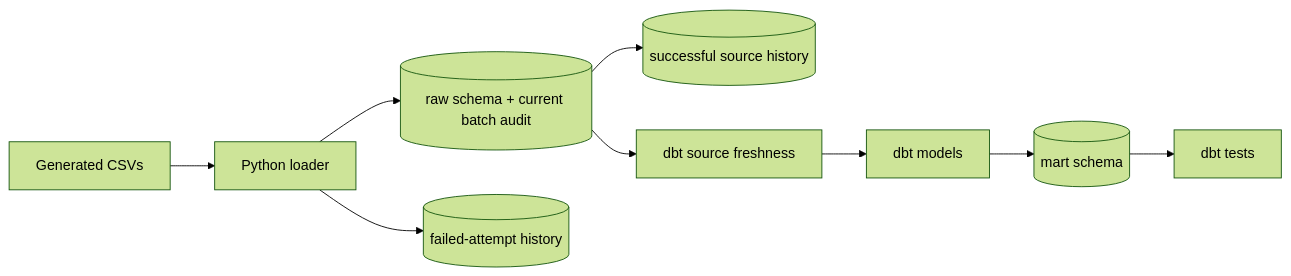
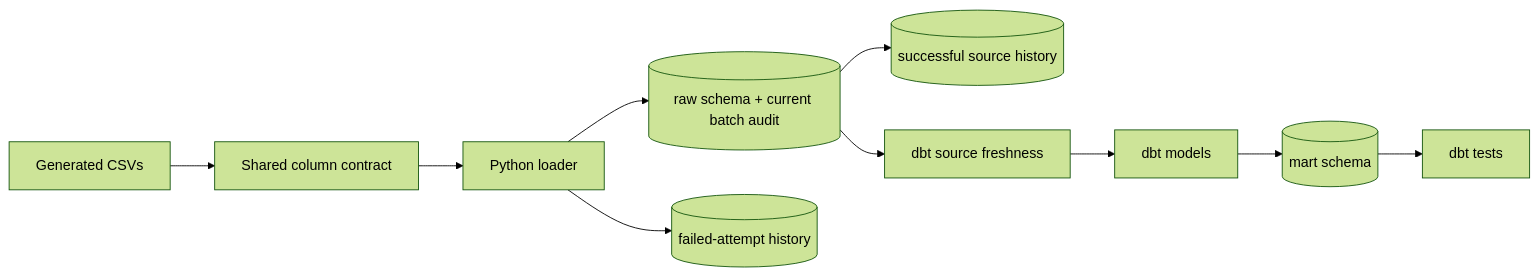
The diagram in docs/dbt-workflow.md (Wasim-Jussab/finance-analytics-engineering-portfolio), drawn with Mermaid (forest theme) before and after one commit. The commit also changed other lines of this file and 9 other files, not shown here.

````diff
--- a/docs/dbt-workflow.md
+++ b/docs/dbt-workflow.md
@@ -9,11 +9,12 @@
 ```mermaid
 flowchart LR
-    A[Generated CSVs] --> B[Python loader]
+    A[Generated CSVs] --> V[Shared column contract]
+    V --> B[Python loader]
     B --> C[(raw schema + current batch audit)]
     C --> H[(successful source history)]
     B --> I[(failed-attempt history)]
     C --> G[dbt source freshness]
     G --> D[dbt models]
     D --> E[(mart schema)]
     E --> F[dbt tests]
 ```
````
